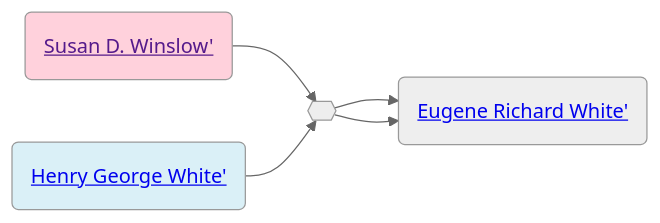
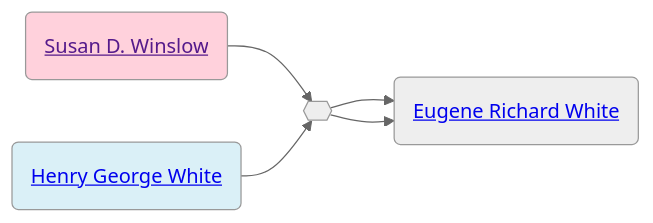
Before and after one commit to neelsmith/avocational: the diagram in familyhistory/sources/people/Merrill-line/White-line/Susan_D._Winslow.qmd, drawn with Mermaid (neutral theme). The commit also changed 96 other files, not shown here.

````diff
--- a/familyhistory/sources/people/Merrill-line/White-line/Susan_D._Winslow.qmd
+++ b/familyhistory/sources/people/Merrill-line/White-line/Susan_D._Winslow.qmd
@@ -28,17 +28,17 @@
 ```{mermaid}
 graph LR
 %% LR descendant diagram
 class Susan_D._Winslow_and_Henry_George_White marriage
-Susan_D._Winslow(<a href=''>Susan D. Winslow'</>) --> Susan_D._Winslow_and_Henry_George_White{{ }}
-Henry_George_White(<a href='./Henry_George_White.html'>Henry George White'</>) --> Susan_D._Winslow_and_Henry_George_White{{ }}
+Susan_D._Winslow(<a href=''>Susan D. Winslow</a>) --> Susan_D._Winslow_and_Henry_George_White{{ }}
+Henry_George_White(<a href='./Henry_George_White.html'>Henry George White</a>) --> Susan_D._Winslow_and_Henry_George_White{{ }}
 class Henry_George_White father
 class Susan_D._Winslow mother
-Susan_D._Winslow_and_Henry_George_White{{ }} --> Eugene_Richard_White(<a href='./Eugene_Richard_White.html'>Eugene Richard White'</>)
+Susan_D._Winslow_and_Henry_George_White{{ }} --> Eugene_Richard_White(<a href='./Eugene_Richard_White.html'>Eugene Richard White</a>)
 class Henry_George_White father
 class Susan_D._Winslow mother
-Susan_D._Winslow_and_Henry_George_White{{ }} --> Eugene_Richard_White(<a href='./Eugene_Richard_White.html'>Eugene Richard White'</>)
+Susan_D._Winslow_and_Henry_George_White{{ }} --> Eugene_Richard_White(<a href='./Eugene_Richard_White.html'>Eugene Richard White</a>)
 classDef mother fill:#ffd1dc
 classDef father fill:#daf0f7  
 classDef marriage fill:#ffffff
 
 ```
````
